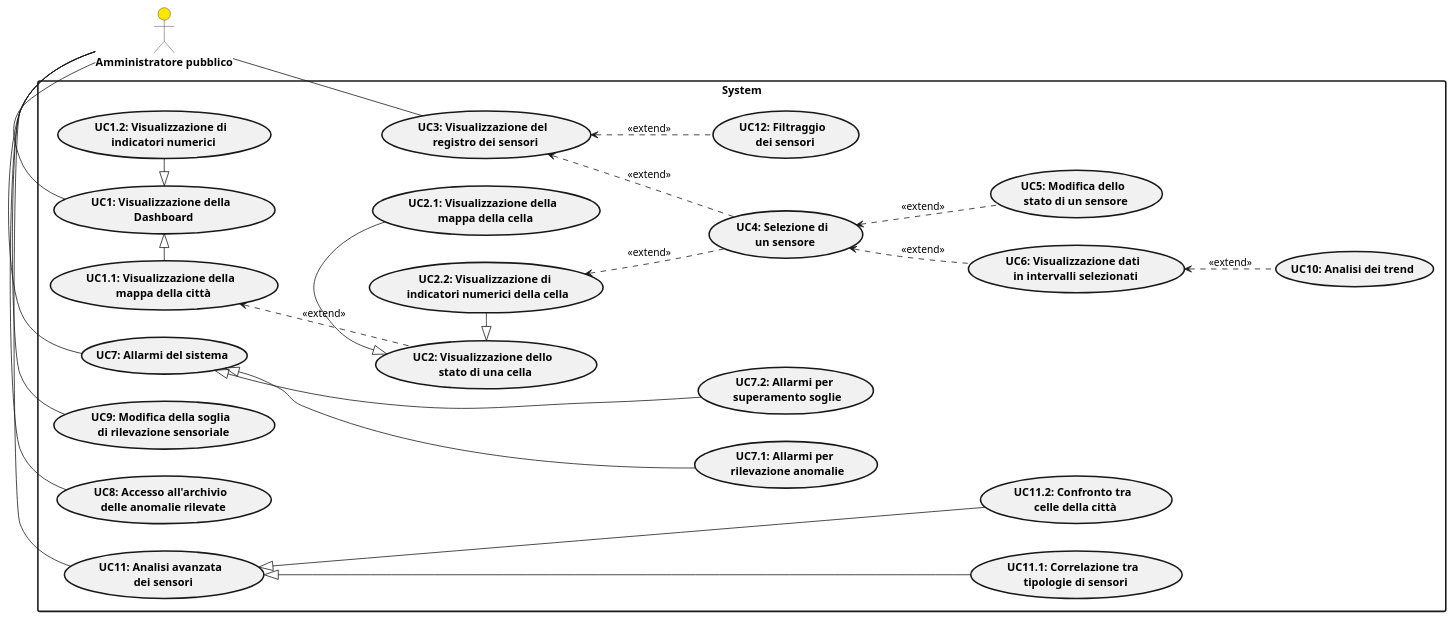
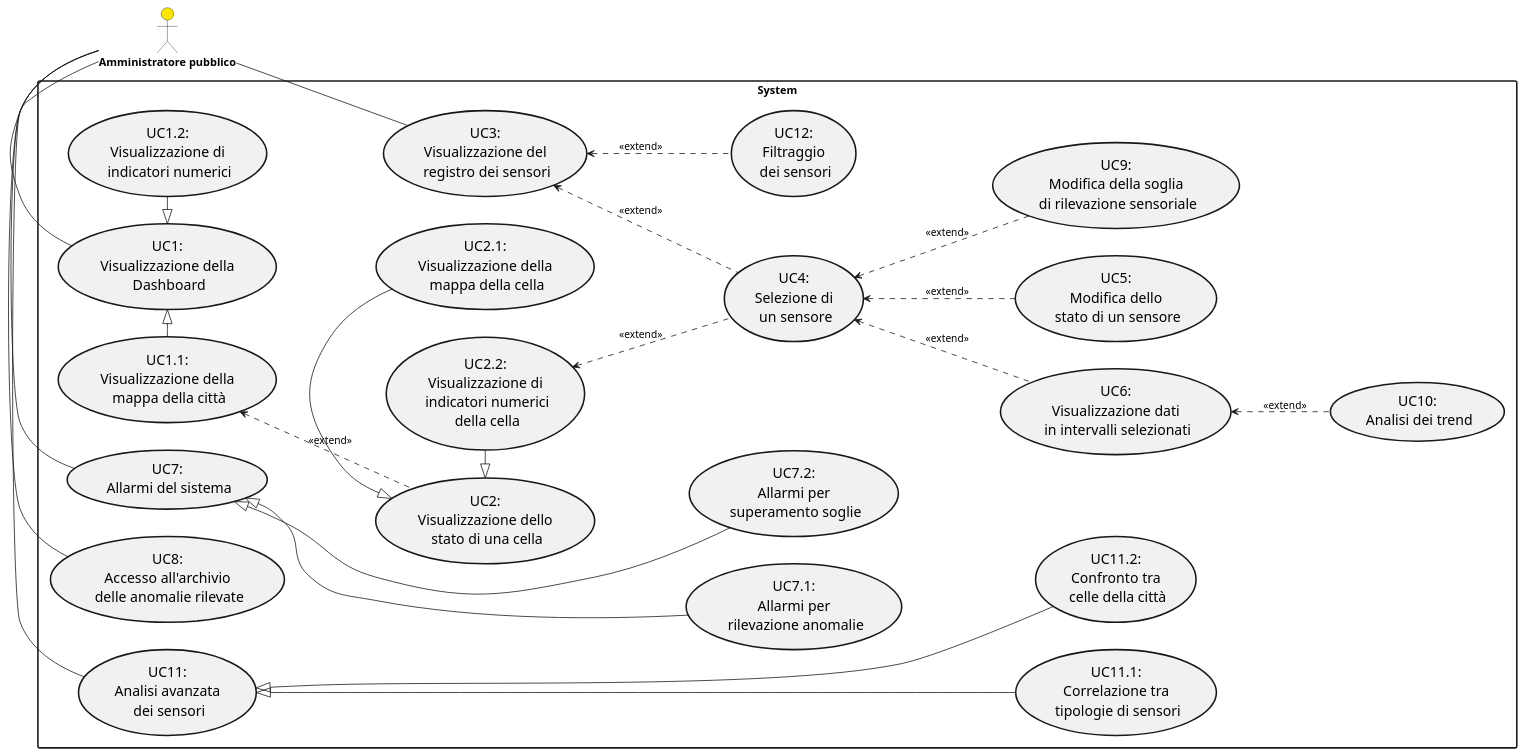
The diagram in src/2_RTB/AnalisiDeiRequisiti/diagrammacasiduso.puml (SWATEngineering/Docs), drawn with PlantUML before and after one commit. The commit also changed 3 other files, not shown here.

Commit message:
Fixxato diagramma UC

```diff
--- a/src/2_RTB/AnalisiDeiRequisiti/diagrammacasiduso.puml
+++ b/src/2_RTB/AnalisiDeiRequisiti/diagrammacasiduso.puml
@@ -1,75 +1,76 @@
 @startuml USERCASES
 
 
 
 left to right direction
 
 skinparam actor {
   FontSize 14
   FontStyle bold
   
   }
 
 skinparam usecase{
   
-  FontSize 14
-  FontStyle bold
+  FontSize 18
+  
   BorderStyle solid
   BorderThickness 2
 }
 
 skinparam rectangle {
   BorderStyle solid
   BorderThickness 2
 }
 
 
 actor amministratorepubblico as "Amministratore pubblico" #FFE600
 
 rectangle "System" {
-  usecase "UC1.1: Visualizzazione della \n mappa della città" as UC1.1
-  usecase "UC1.2: Visualizzazione di \n indicatori numerici" as UC1.2
-  usecase "UC1: Visualizzazione della \n Dashboard" as UC1
-  usecase "UC2.1: Visualizzazione della \n mappa della cella" as UC2.1
-  usecase "UC2.2: Visualizzazione di \n indicatori numerici della cella" as UC2.2
-  usecase "UC2: Visualizzazione dello \n stato di una cella" as UC2
-  usecase "UC3: Visualizzazione del \n registro dei sensori" as UC3
-  usecase "UC4: Selezione di \n un sensore" as UC4
-  usecase "UC5: Modifica dello \n stato di un sensore" as UC5
-  usecase "UC6: Visualizzazione dati \n in intervalli selezionati" as UC6
-  usecase "UC7: Allarmi del sistema" as UC7
-  usecase "UC7.1: Allarmi per \n rilevazione anomalie" as UC7.1
-  usecase "UC7.2: Allarmi per \n superamento soglie" as UC7.2
-  usecase "UC8: Accesso all'archivio \n delle anomalie rilevate" as UC8
-  usecase "UC9: Modifica della soglia \n di rilevazione sensoriale" as UC9
-  usecase "UC10: Analisi dei trend" as UC10
-  usecase "UC11: Analisi avanzata \n dei sensori" as UC11
-  usecase "UC11.1: Correlazione tra \n tipologie di sensori" as UC11.1
-  usecase "UC11.2: Confronto tra \n celle della città" as UC11.2
-  usecase "UC12: Filtraggio \n dei sensori" as UC12
+  usecase "UC1.1:\n Visualizzazione della \n mappa della città" as UC1.1
+  usecase "UC1.2:\n Visualizzazione di \n indicatori numerici" as UC1.2
+  usecase "UC1:\n Visualizzazione della \n Dashboard" as UC1
+  usecase "UC2.1:\n Visualizzazione della \n mappa della cella" as UC2.1
+  usecase "UC2.2:\n Visualizzazione di \n indicatori numerici\n della cella" as UC2.2
+  usecase "UC2:\n Visualizzazione dello \n stato di una cella" as UC2
+  usecase "UC3:\n Visualizzazione del \n registro dei sensori" as UC3
+  usecase "UC4:\n Selezione di \n un sensore" as UC4
+  usecase "UC5:\n Modifica dello \n stato di un sensore" as UC5
+  usecase "UC6:\n Visualizzazione dati \n in intervalli selezionati" as UC6
+  usecase "UC7:\n Allarmi del sistema" as UC7
+  usecase "UC7.1:\n Allarmi per \n rilevazione anomalie" as UC7.1
+  usecase "UC7.2:\n Allarmi per \n superamento soglie" as UC7.2
+  usecase "UC8:\n Accesso all'archivio \n delle anomalie rilevate" as UC8
+  usecase "UC9:\n Modifica della soglia \n di rilevazione sensoriale" as UC9
+  usecase "UC10:\n Analisi dei trend" as UC10
+  usecase "UC11:\n Analisi avanzata \n dei sensori" as UC11
+  usecase "UC11.1:\n Correlazione tra \n tipologie di sensori" as UC11.1
+  usecase "UC11.2:\n Confronto tra \n celle della città" as UC11.2
+  usecase "UC12:\n Filtraggio \n dei sensori" as UC12
  
 
   amministratorepubblico - UC1
   amministratorepubblico - UC3
   UC1.1 -|> UC1
   UC1 <|- UC1.2
   UC2 .up.> UC1.1 : <<extend>>
   UC2 <|- UC2.1
   UC2 <|- UC2.2
   UC4 .up.> UC2.2 :<<extend>>
   UC4 .up.> UC3 :<<extend>>
+  UC9 .up.> UC4 :<<extend>>
   UC12 .up.> UC3 :<<extend>>
   UC5 .up.> UC4 :<<extend>>
   UC6 .up.> UC4 :<<extend>>
   UC10 .up.> UC6 :<<extend>>
   amministratorepubblico - UC7
-  amministratorepubblico - UC9
+  
   amministratorepubblico - UC8
   amministratorepubblico - UC11
   UC7 <|--- UC7.2
   UC7 <|--- UC7.1
   UC11 <|---- UC11.1
   UC11 <|---- UC11.2
 
 }
 @enduml
```
